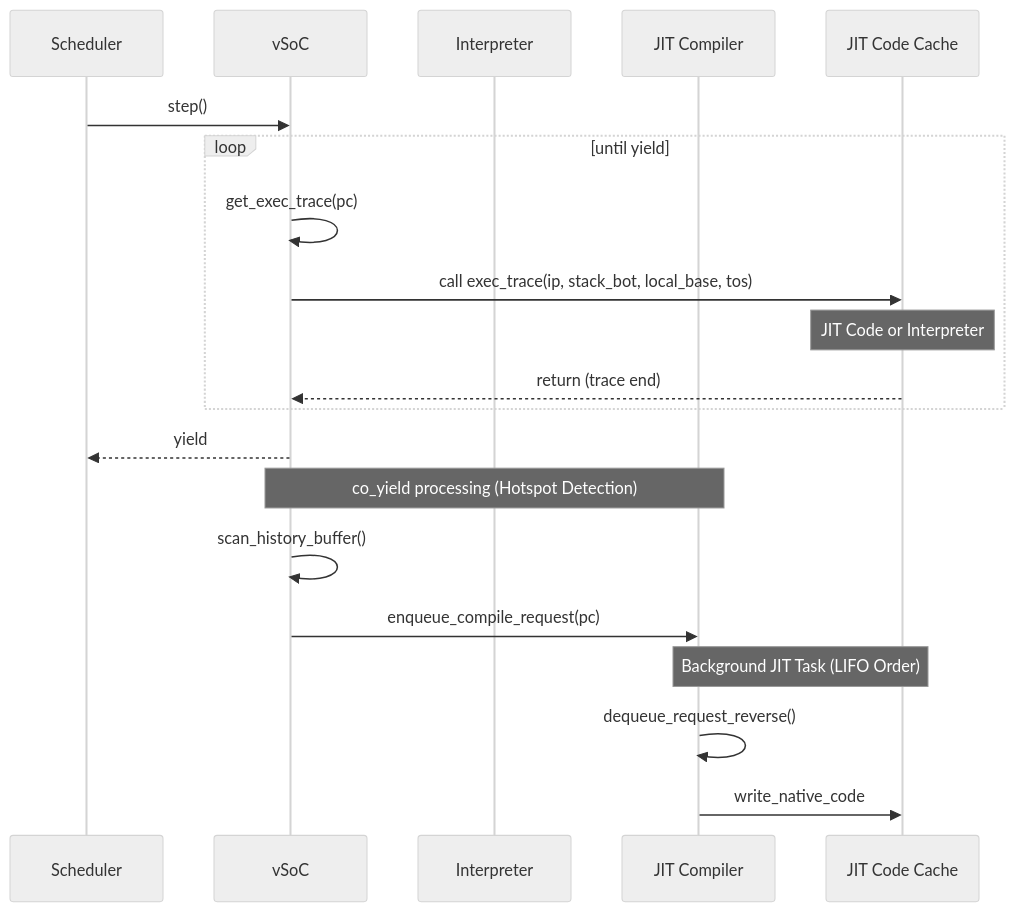
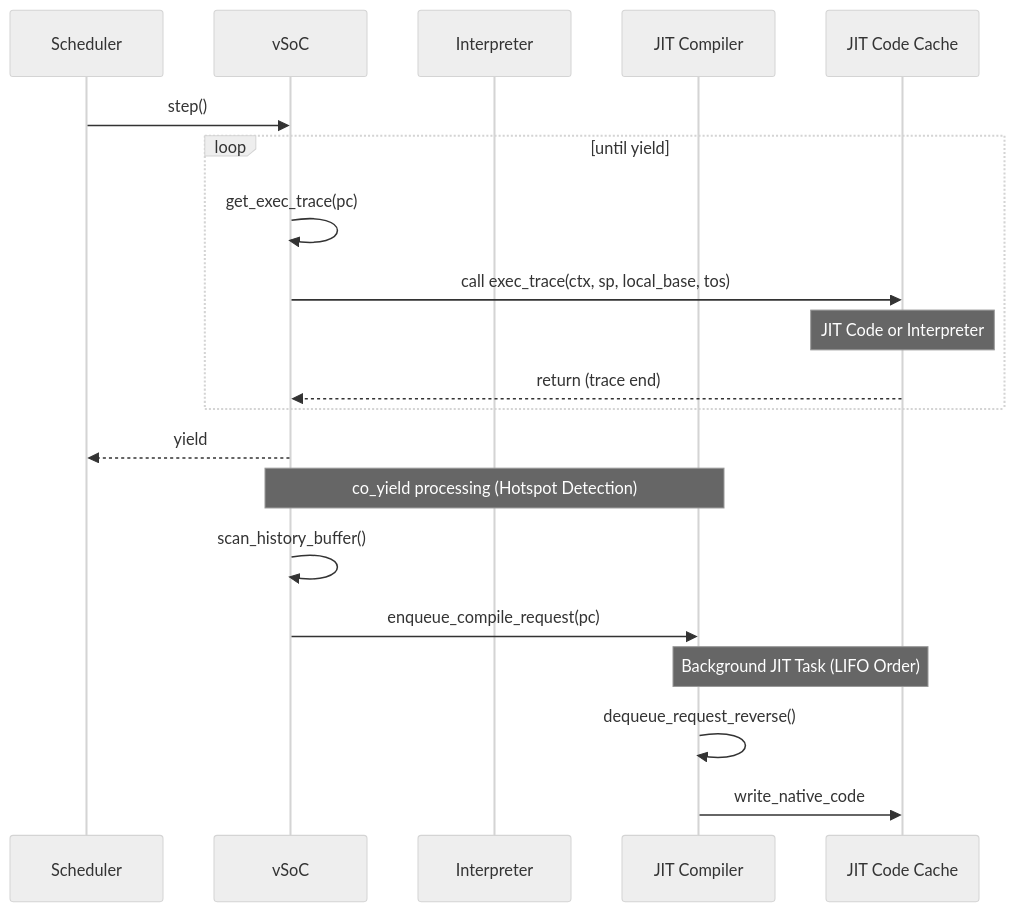
One commit to kmt-t/fireball changed the fourth of 5 diagrams in docs/components/tier2_runtime/runtime_vsoc.md. Above: the diagram before and after it, drawn with Mermaid (neutral theme). The commit also changed other lines of this file and 10 other files, not shown here.

Commit message:
fix(arch): harmonize architecture_overview and lower specs with current master design

````diff
--- a/docs/components/tier2_runtime/runtime_vsoc.md
+++ b/docs/components/tier2_runtime/runtime_vsoc.md
@@ -321,25 +321,25 @@
 ```mermaid
 sequenceDiagram
     participant S as Scheduler
     participant V as vSoC
     participant I as Interpreter
     participant J as JIT Compiler
     participant C as JIT Code Cache
 
     S->>V: step()
     loop until yield
         V->>V: get_exec_trace(pc)
-        V->>C: call exec_trace(ip, stack_bot, local_base, tos)
+        V->>C: call exec_trace(ctx, sp, local_base, tos)
         Note over C: JIT Code or Interpreter
         C-->>V: return (trace end)
     end
     V-->>S: yield
 
     Note over V,J: co_yield processing (Hotspot Detection)
     V->>V: scan_history_buffer()
     V->>J: enqueue_compile_request(pc)
 
     Note over J,C: Background JIT Task (LIFO Order)
     J->>J: dequeue_request_reverse()
     J->>C: write_native_code
 ```
````
